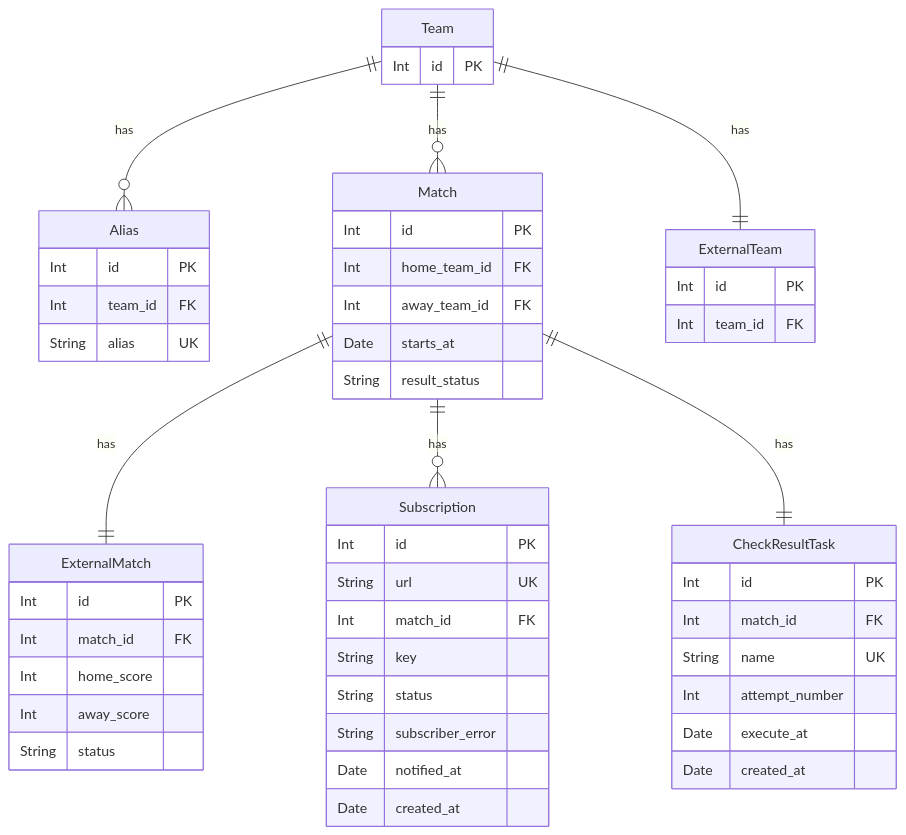
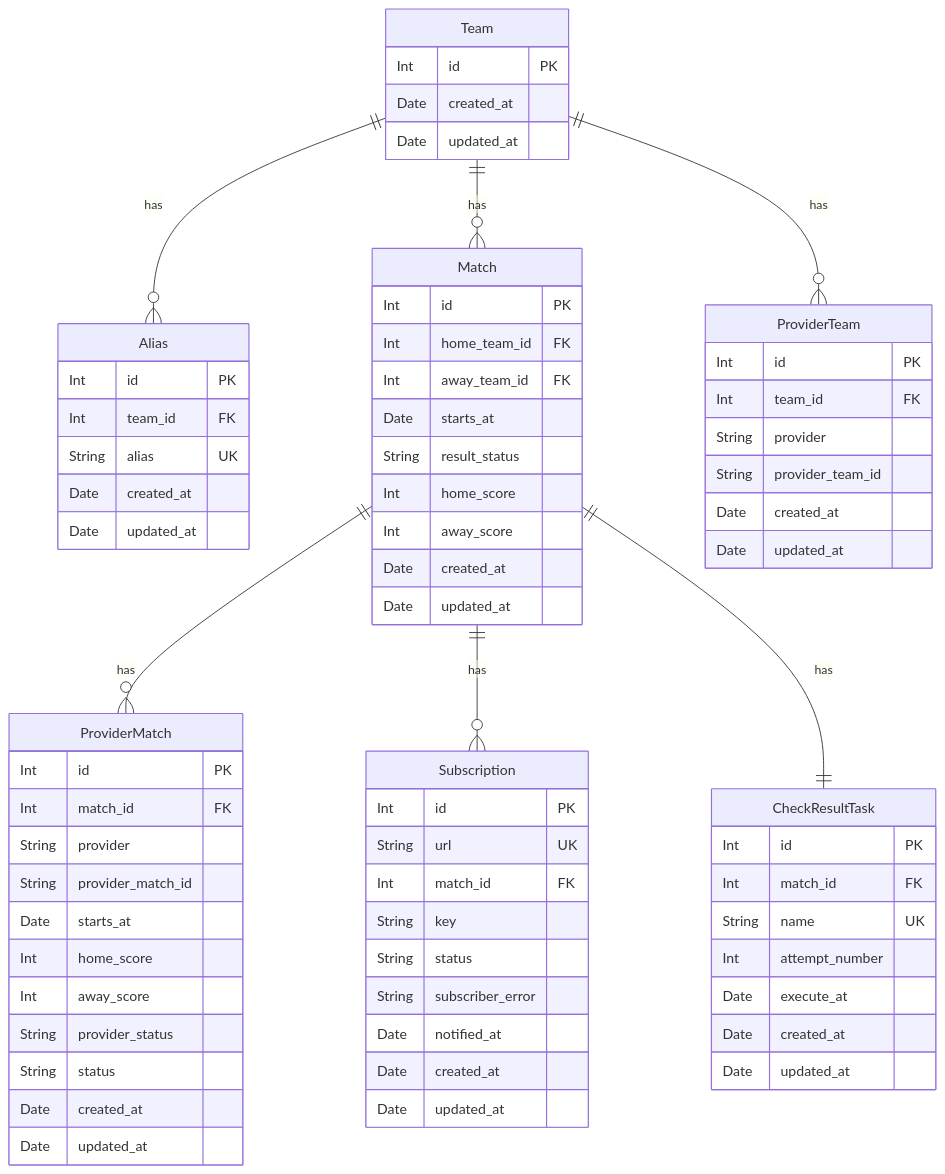
Before and after one commit to andrewshostak/result-service: the first of 7 diagrams in README.md, drawn with Mermaid. The commit also changed other lines of this file and 26 other files, not shown here.

Commit message:
Replace `External*` with `Provider*` across codebase

````diff
--- a/README.md
+++ b/README.md
@@ -25,60 +25,80 @@
 ```mermaid
 erDiagram
     Team {
         Int id PK
+        Date created_at
+        Date updated_at
     }
     
     Alias {
         Int id PK
         Int team_id FK
         String alias UK 
+        Date created_at
+        Date updated_at
     }
     
     Match {
         Int id PK
         Int home_team_id FK
         Int away_team_id FK
         Date starts_at
         String result_status
+        Int home_score
+        Int away_score
+        Date created_at
+        Date updated_at
     }
     
-    ExternalMatch {
+    ProviderMatch {
         Int id PK
         Int match_id FK
+        String provider
+        String provider_match_id
+        Date starts_at
         Int home_score
         Int away_score
+        String provider_status
         String status
+        Date created_at
+        Date updated_at
     }
     
     Subscription {
         Int id PK
         String url UK
         Int match_id FK
         String key
         String status
         String subscriber_error
         Date notified_at
         Date created_at
+        Date updated_at
     }
     
-    ExternalTeam {
+    ProviderTeam {
         Int id PK
         Int team_id FK
+        String provider
+        String provider_team_id
+        Date created_at
+        Date updated_at
     }
     
     CheckResultTask {
         Int id PK
         Int match_id FK
         String name UK
         Int attempt_number
         Date execute_at
         Date created_at
+        Date updated_at
     }
     
     Team ||--o{ Alias : has 
     Team ||--o{ Match : has
-    Match ||--|| ExternalMatch : has
+    Match ||--o{ ProviderMatch : has
     Match ||--o{ Subscription : has
-    Team ||--|| ExternalTeam : has
+    Team ||--o{ ProviderTeam : has
     Match ||--|| CheckResultTask : has
 ```
````
